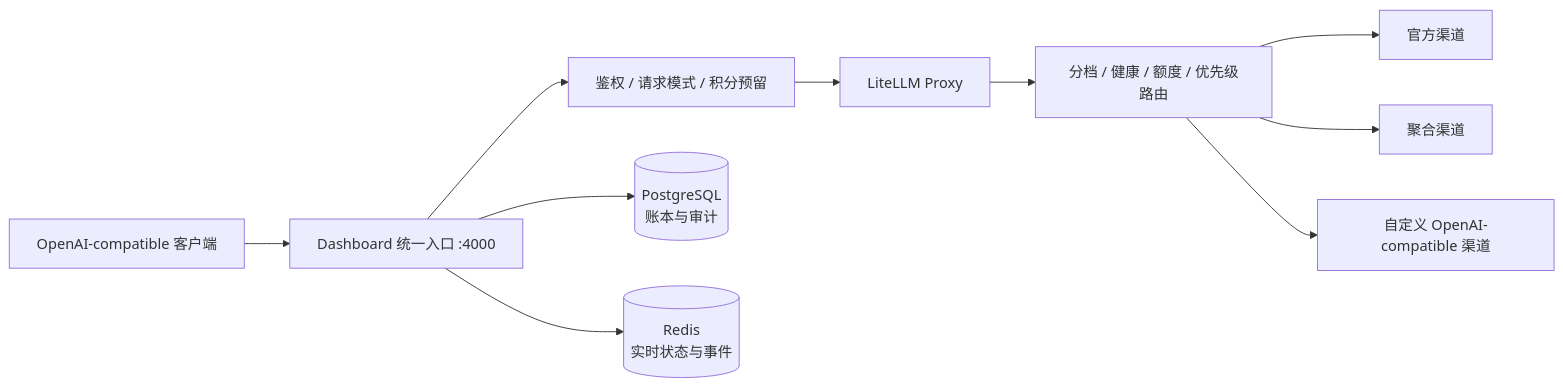
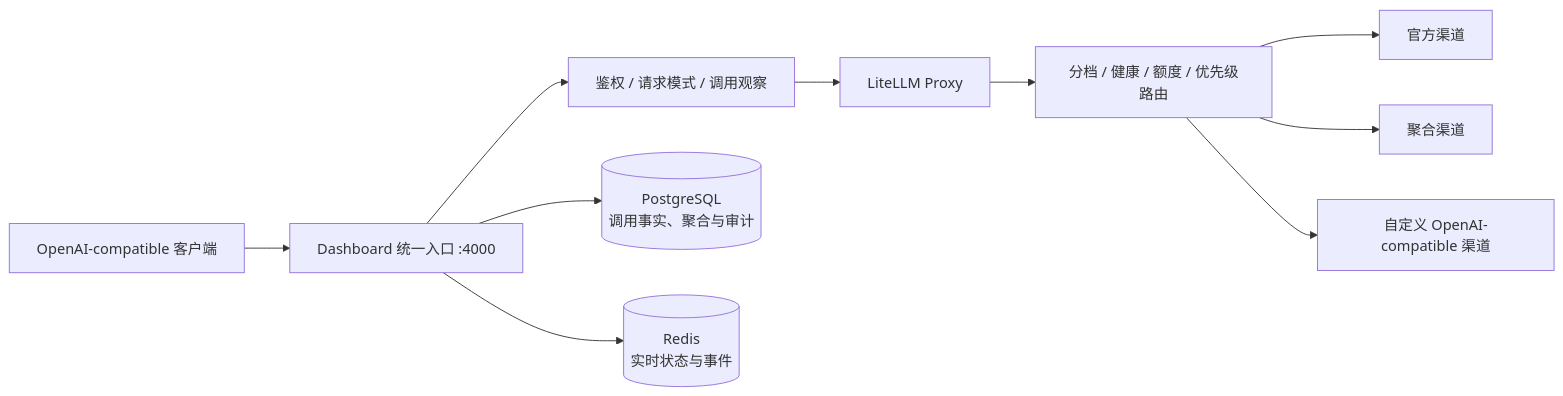
The diagram in README.md (dell121212/ai-gateway-matrix), drawn with Mermaid before and after one commit. The commit also changed other lines of this file and 127 other files, not shown here.

````diff
--- a/README.md
+++ b/README.md
@@ -215,12 +216,12 @@
 ```mermaid
 flowchart LR
     C[OpenAI-compatible 客户端] --> D[Dashboard 统一入口 :4000]
-    D --> A[鉴权 / 请求模式 / 积分预留]
+    D --> A[鉴权 / 请求模式 / 调用观察]
     A --> G[LiteLLM Proxy]
     G --> R[分档 / 健康 / 额度 / 优先级路由]
     R --> P1[官方渠道]
     R --> P2[聚合渠道]
     R --> P3[自定义 OpenAI-compatible 渠道]
-    D --> PG[(PostgreSQL<br/>账本与审计)]
+    D --> PG[(PostgreSQL<br/>调用事实、聚合与审计)]
     D --> RD[(Redis<br/>实时状态与事件)]
 ```
````
